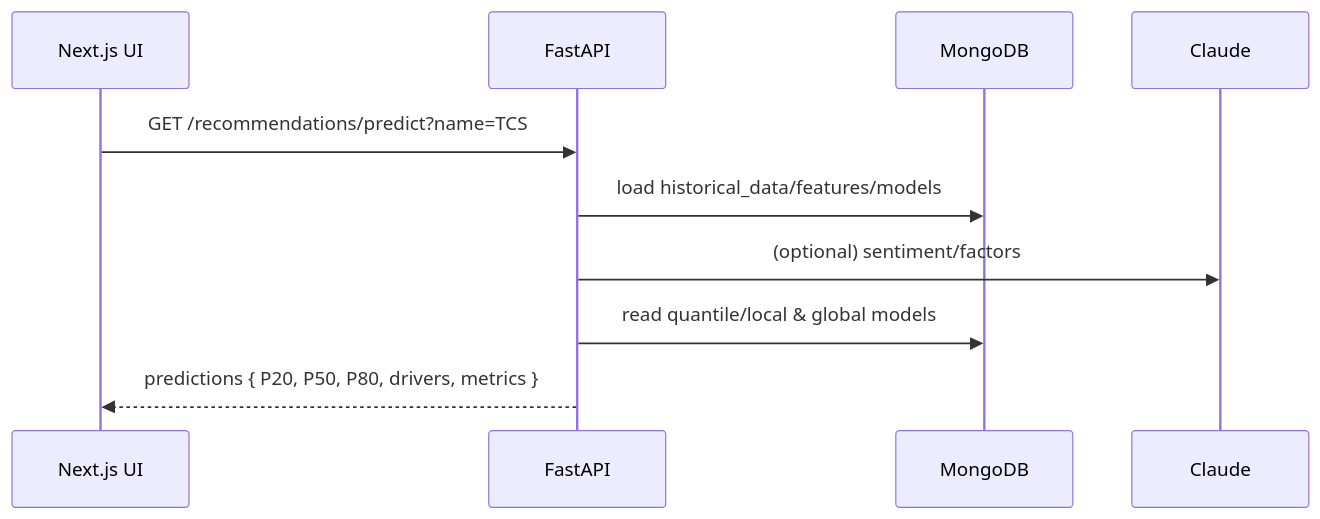
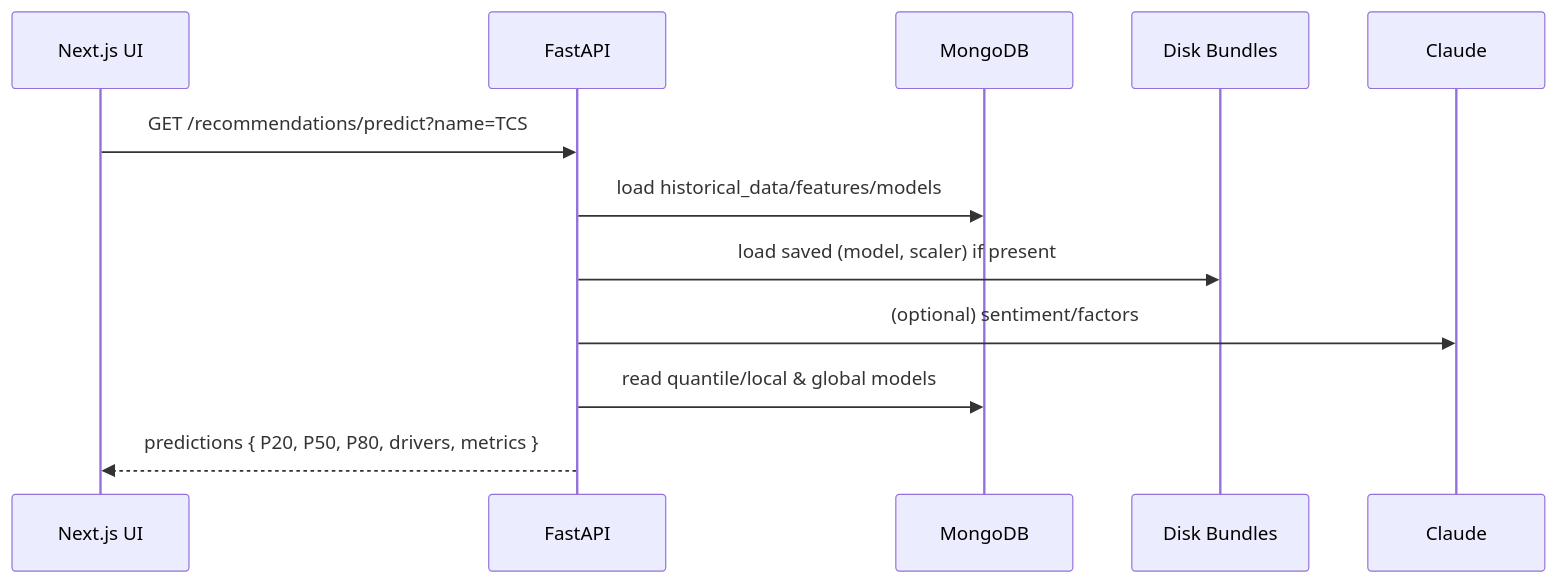
Before and after one commit to viditkbhatnagar/investment-helper: the fourth of 5 diagrams in README.md, drawn with Mermaid. The commit also changed other lines of this file and 15 other files, not shown here.

````diff
--- a/README.md
+++ b/README.md
@@ -151,12 +254,14 @@
 ```mermaid
 sequenceDiagram
   participant UI as Next.js UI
   participant API as FastAPI
   participant DB as MongoDB
+  participant DISK as Disk Bundles
   participant LLM as Claude
   UI->>API: GET /recommendations/predict?name=TCS
   API->>DB: load historical_data/features/models
+  API->>DISK: load saved (model, scaler) if present
   API->>LLM: (optional) sentiment/factors
   API->>DB: read quantile/local & global models
   API-->>UI: predictions { P20, P50, P80, drivers, metrics }
 ```
````
